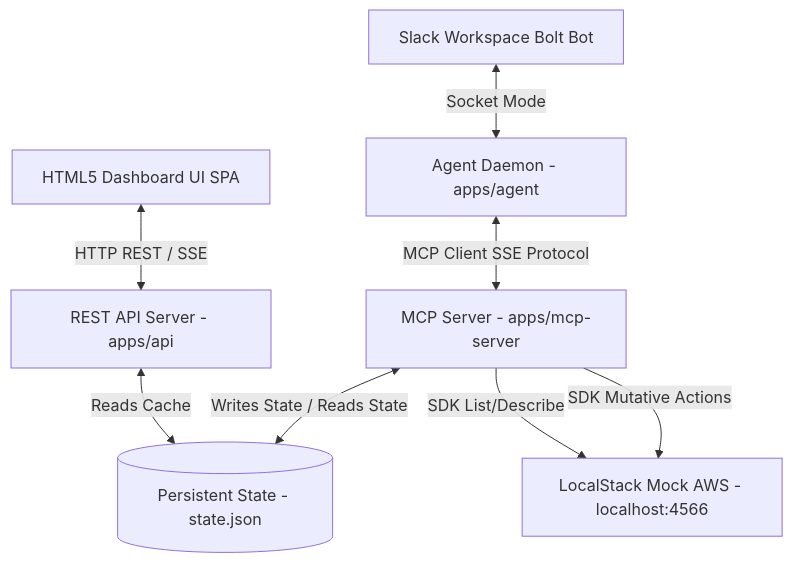
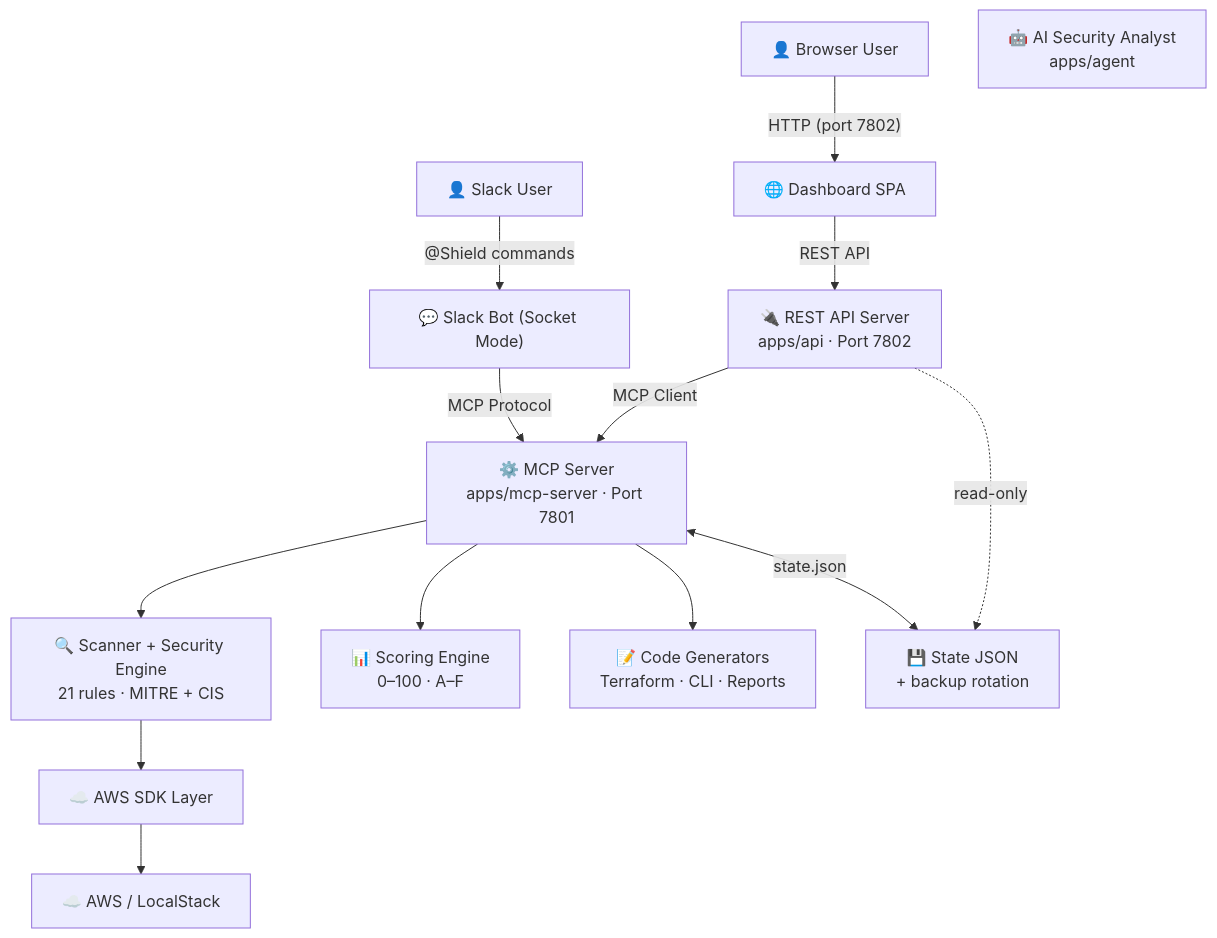
One commit to akintunero/mcpshield changed the diagram in docs/ARCHITECTURE.md. Above: the diagram before and after it, drawn with Mermaid. The commit also changed other lines of this file and 1 other file, not shown here.

Commit message:
docs: update installation guide and architecture docs for production features

````diff
--- a/docs/ARCHITECTURE.md
+++ b/docs/ARCHITECTURE.md
@@ -13,24 +7,43 @@
 ```mermaid
-graph TD
-    %% Clients
-    Slack[Slack Workspace Bolt Bot]
-    UI[HTML5 Dashboard UI SPA]
+graph TB
+    %% Users
+    User1["👤 Slack User"]
+    User2["👤 Browser User"]
 
-    %% Main Application Nodes
-    Agent[Agent Daemon - apps/agent]
-    API[REST API Server - apps/api]
-    MCPServer[MCP Server - apps/mcp-server]
+    %% Interfaces
+    Slack["💬 Slack Bot (Socket Mode)"]
+    UI["🌐 Dashboard SPA"]
 
-    %% Infrastructure & Target
-    LocalStack[LocalStack Mock AWS - localhost:4566]
-    StateFS[(Persistent State - state.json)]
+    %% Services
+    Agent["🤖 AI Security Analyst<br/>apps/agent"]
+    API["🔌 REST API Server<br/>apps/api · Port 7802"]
+    MCPServer["⚙️ MCP Server<br/>apps/mcp-server · Port 7801"]
 
-    %% Connections
-    Slack <-->|Socket Mode| Agent
-    UI <-->|HTTP REST / SSE| API
-    Agent <-->|MCP Client SSE Protocol| MCPServer
-    API <-->|Reads Cache| StateFS
-    MCPServer <-->|Writes State / Reads State| StateFS
-    MCPServer -->|SDK List/Describe| LocalStack
-    MCPServer -->|SDK Mutative Actions| LocalStack
+    %% Packages
+    Scanner["🔍 Scanner + Security Engine<br/>21 rules · MITRE + CIS"]
+    Score["📊 Scoring Engine<br/>0–100 · A–F"]
+    Generators["📝 Code Generators<br/>Terraform · CLI · Reports"]
+    CloudTools["☁️ AWS SDK Layer"]
+
+    %% State
+    StateFS["💾 State JSON<br/>+ backup rotation"]
+
+    %% Cloud
+    Cloud["☁️ AWS / LocalStack"]
+
+    %% Flows
+    User1 -->|"@Shield commands"| Slack
+    User2 -->|"HTTP (port 7802)"| UI
+    Slack -->|"MCP Protocol"| MCPServer
+    UI -->|"REST API"| API
+    API -->|"MCP Client"| MCPServer
+
+    MCPServer --> Scanner
+    MCPServer --> Score
+    MCPServer --> Generators
+    Scanner --> CloudTools
+    CloudTools --> Cloud
+
+    MCPServer <-->|"state.json"| StateFS
+    API -.->|"read-only"| StateFS
 ```
````
